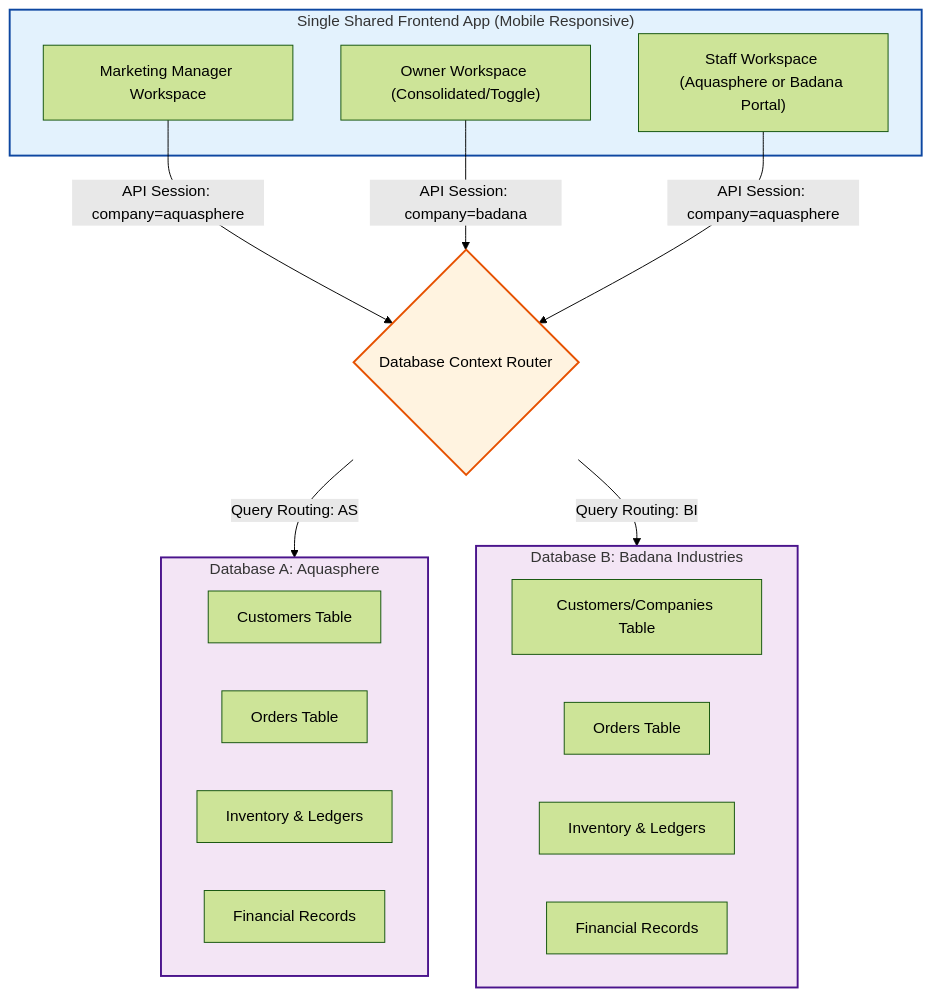
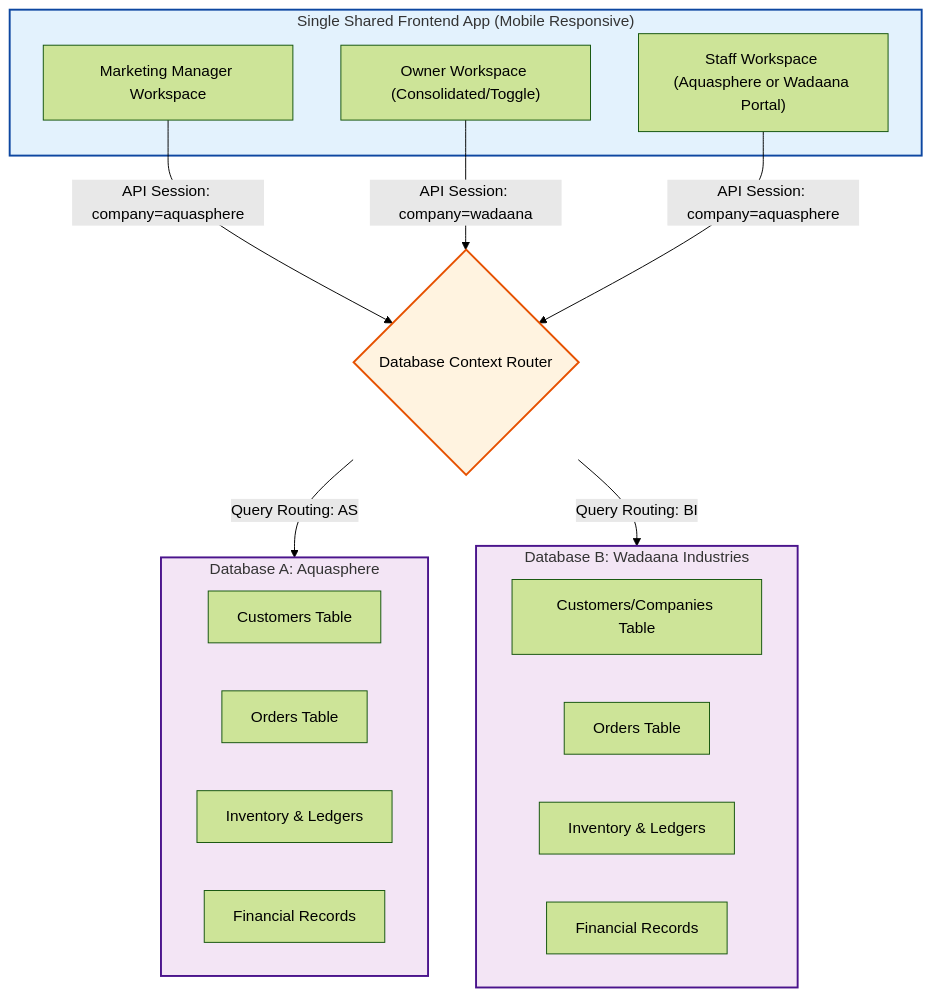
One commit to ehtisham-hashim/AquaSphere changed the first of 4 diagrams in AQUA_Sphere_OS_Master_Requirements.md. Above: the diagram before and after it, drawn with Mermaid (forest theme). The commit also changed other lines of this file and 15 other files, not shown here.

Commit message:
Refactor context and database models to replace 'Badana' with 'Wadaana'; update business rules and specifications for new division structure

````diff
--- a/AQUA_Sphere_OS_Master_Requirements.md
+++ b/AQUA_Sphere_OS_Master_Requirements.md
@@ -99,36 +92,36 @@
 ```mermaid
 graph TD
     subgraph UI ["Single Shared Frontend App (Mobile Responsive)"]
         MM_UI["Marketing Manager Workspace"]
         Owner_UI["Owner Workspace (Consolidated/Toggle)"]
-        Staff_UI["Staff Workspace (Aquasphere or Badana Portal)"]
+        Staff_UI["Staff Workspace (Aquasphere or Wadaana Portal)"]
     end
 
     Router{"Database Context Router"}
 
     MM_UI -->|"API Session: company=aquasphere"| Router
-    Owner_UI -->|"API Session: company=badana"| Router
+    Owner_UI -->|"API Session: company=wadaana"| Router
     Staff_UI -->|"API Session: company=aquasphere"| Router
 
     subgraph DB1 ["Database A: Aquasphere"]
         AS_Cust["Customers Table"]
         AS_Ord["Orders Table"]
         AS_Inv["Inventory & Ledgers"]
         AS_Fin["Financial Records"]
     end
 
-    subgraph DB2 ["Database B: Badana Industries"]
+    subgraph DB2 ["Database B: Wadaana Industries"]
         BI_Cust["Customers/Companies Table"]
         BI_Ord["Orders Table"]
         BI_Inv["Inventory & Ledgers"]
         BI_Fin["Financial Records"]
     end
 
     Router -->|"Query Routing: AS"| DB1
     Router -->|"Query Routing: BI"| DB2
 
     style UI fill:#e3f2fd,stroke:#0d47a1,stroke-width:2px
     style DB1 fill:#f3e5f5,stroke:#4a148c,stroke-width:2px
     style DB2 fill:#f3e5f5,stroke:#4a148c,stroke-width:2px
     style Router fill:#fff3e0,stroke:#e65100,stroke-width:2px
 ```
````
